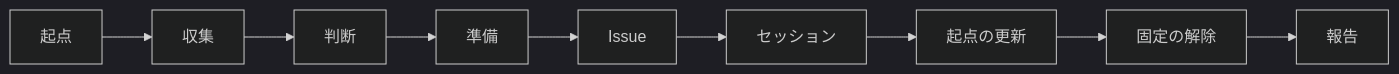
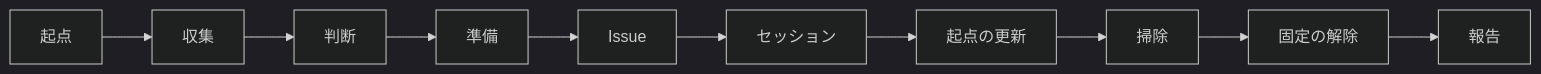
The diagram in scheduled-tasks/auto-review/SKILL.md (ac-nakamura-y/.claude), drawn with Mermaid (dark theme) before and after one commit. The commit also changed other lines of this file and 3 other files, not shown here.

````diff
--- a/scheduled-tasks/auto-review/SKILL.md
+++ b/scheduled-tasks/auto-review/SKILL.md
@@ -31,11 +31,12 @@
 ```mermaid
 flowchart LR
   cursor[起点] --> collect[収集]
   collect --> select[判断]
   select --> prepare[準備]
   prepare --> issue[Issue]
   issue --> session[セッション]
   session --> update[起点の更新]
-  update --> unpin[固定の解除]
+  update --> sweep[掃除]
+  sweep --> unpin[固定の解除]
   unpin --> report[報告]
 ```
````
